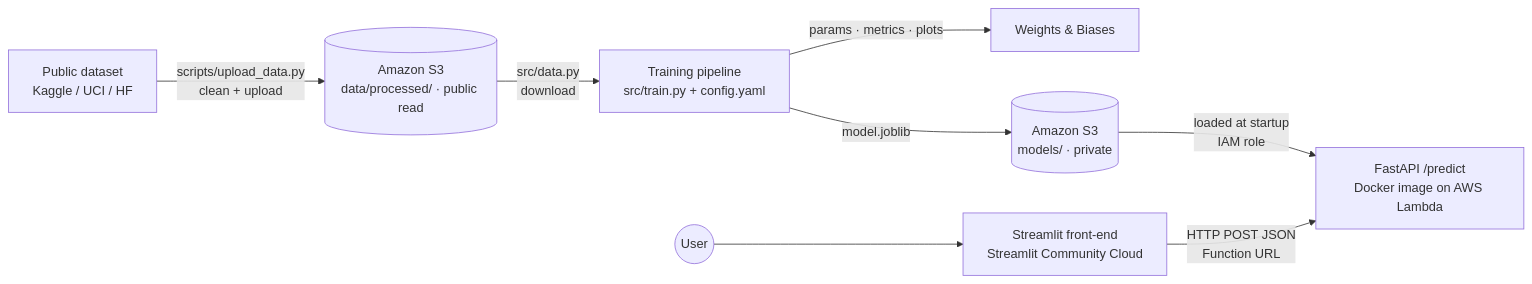
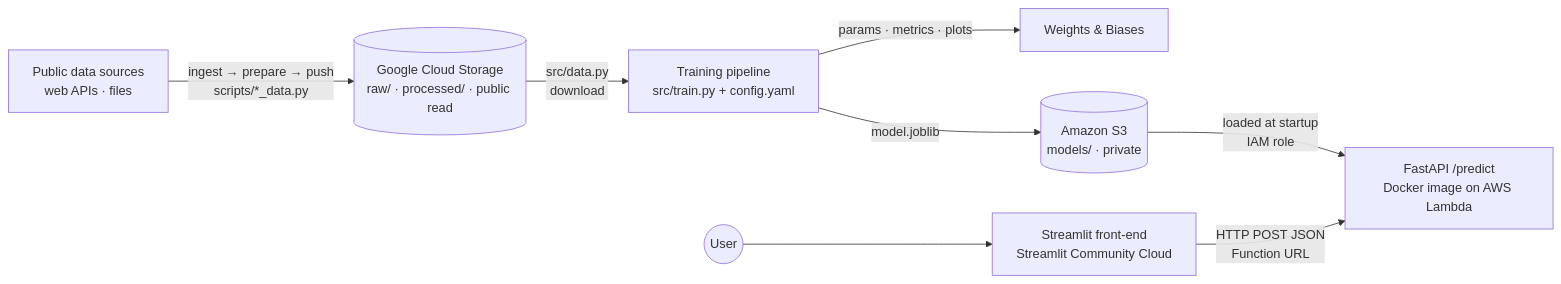
The diagram in README.md (haydn-s/sourcing-data-project-3), drawn with Mermaid before and after one commit. The commit also changed other lines of this file and 26 other files, not shown here.

First line of the commit message:
feat(data): add ingest, prepare, and push stages for the dataset

````diff
--- a/README.md
+++ b/README.md
@@ -78,10 +78,10 @@
 ```mermaid
 flowchart LR
-    SRC[Public dataset<br/>Kaggle / UCI / HF] -->|scripts/upload_data.py<br/>clean + upload| STORED[(Amazon S3<br/>data/processed/ · public read)]
+    SRC[Public data sources<br/>web APIs · files] -->|ingest → prepare → push<br/>scripts/*_data.py| STORED[(Google Cloud Storage<br/>raw/ · processed/ · public read)]
     STORED -->|src/data.py<br/>download| TRAIN[Training pipeline<br/>src/train.py + config.yaml]
     TRAIN -->|params · metrics · plots| WB[Weights & Biases]
     TRAIN -->|model.joblib| STOREM[(Amazon S3<br/>models/ · private)]
     STOREM -->|loaded at startup<br/>IAM role| API[FastAPI /predict<br/>Docker image on AWS Lambda]
     UI[Streamlit front-end<br/>Streamlit Community Cloud] -->|HTTP POST JSON<br/>Function URL| API
     USER((User)) --> UI
 ```
````
